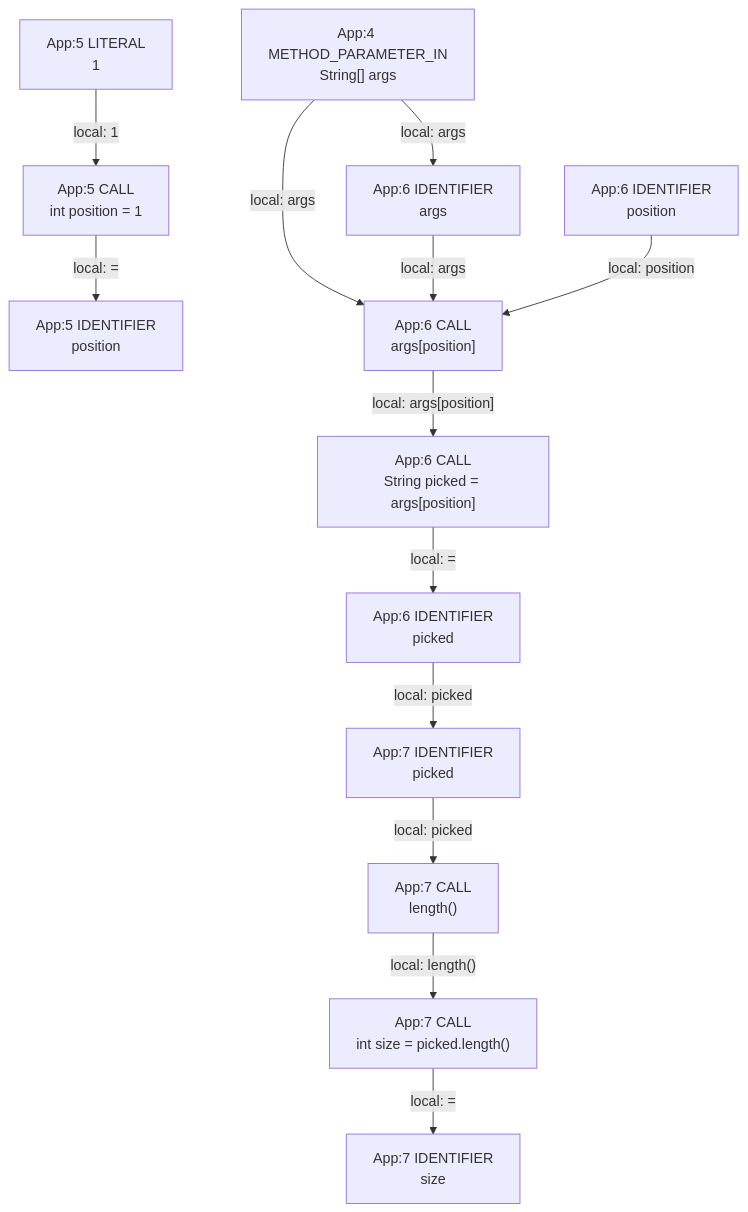
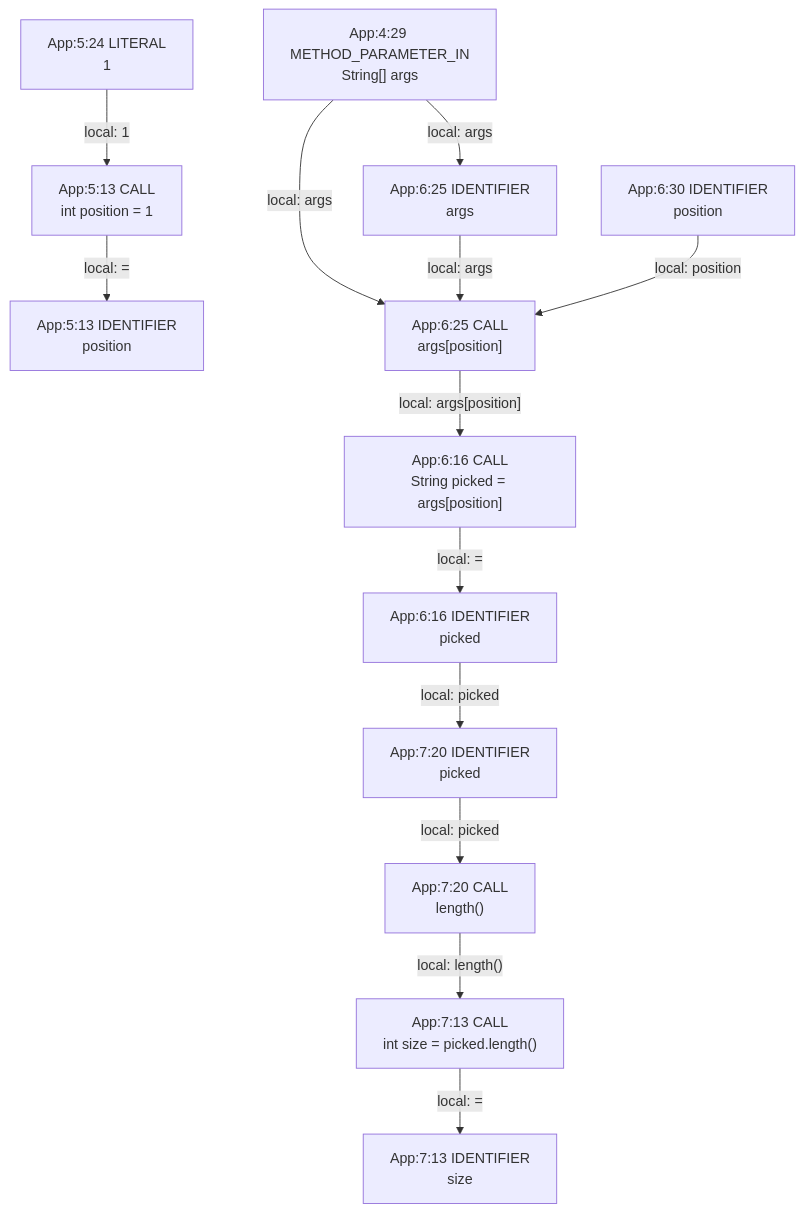
One commit to gstiebler/codeflow changed the diagram in app/src/test/resources/arrayAccess/spike-truth.md. Above: the diagram before and after it, drawn with Mermaid. The commit also changed 154 other files, not shown here.

````diff
--- a/app/src/test/resources/arrayAccess/spike-truth.md
+++ b/app/src/test/resources/arrayAccess/spike-truth.md
@@ -3,28 +3,28 @@
 ```mermaid
 flowchart TD
-  n0["App:4 METHOD_PARAMETER_IN<br/>String[] args"]
-  n1["App:5 CALL<br/>int position = 1"]
-  n2["App:5 IDENTIFIER<br/>position"]
-  n3["App:5 LITERAL<br/>1"]
-  n4["App:6 CALL<br/>String picked = args[position]"]
-  n5["App:6 CALL<br/>args[position]"]
-  n6["App:6 IDENTIFIER<br/>args"]
-  n7["App:6 IDENTIFIER<br/>picked"]
-  n8["App:6 IDENTIFIER<br/>position"]
-  n9["App:7 CALL<br/>int size = picked.length()"]
-  n10["App:7 CALL<br/>length()"]
-  n11["App:7 IDENTIFIER<br/>picked"]
-  n12["App:7 IDENTIFIER<br/>size"]
-  n0 -->|"local: args"| n5
+  n0["App:4:29 METHOD_PARAMETER_IN<br/>String[] args"]
+  n1["App:5:13 CALL<br/>int position = 1"]
+  n2["App:5:13 IDENTIFIER<br/>position"]
+  n3["App:5:24 LITERAL<br/>1"]
+  n4["App:6:16 CALL<br/>String picked = args[position]"]
+  n5["App:6:16 IDENTIFIER<br/>picked"]
+  n6["App:6:25 CALL<br/>args[position]"]
+  n7["App:6:25 IDENTIFIER<br/>args"]
+  n8["App:6:30 IDENTIFIER<br/>position"]
+  n9["App:7:13 CALL<br/>int size = picked.length()"]
+  n10["App:7:13 IDENTIFIER<br/>size"]
+  n11["App:7:20 CALL<br/>length()"]
+  n12["App:7:20 IDENTIFIER<br/>picked"]
   n0 -->|"local: args"| n6
+  n0 -->|"local: args"| n7
   n1 -->|"local: ="| n2
-  n10 -->|"local: length()"| n9
-  n11 -->|"local: picked"| n10
+  n11 -->|"local: length()"| n9
+  n12 -->|"local: picked"| n11
   n3 -->|"local: 1"| n1
-  n4 -->|"local: ="| n7
-  n5 -->|"local: args[position]"| n4
-  n6 -->|"local: args"| n5
-  n7 -->|"local: picked"| n11
-  n8 -->|"local: position"| n5
-  n9 -->|"local: ="| n12
+  n4 -->|"local: ="| n5
+  n5 -->|"local: picked"| n12
+  n6 -->|"local: args[position]"| n4
+  n7 -->|"local: args"| n6
+  n8 -->|"local: position"| n6
+  n9 -->|"local: ="| n10
 ```
````
